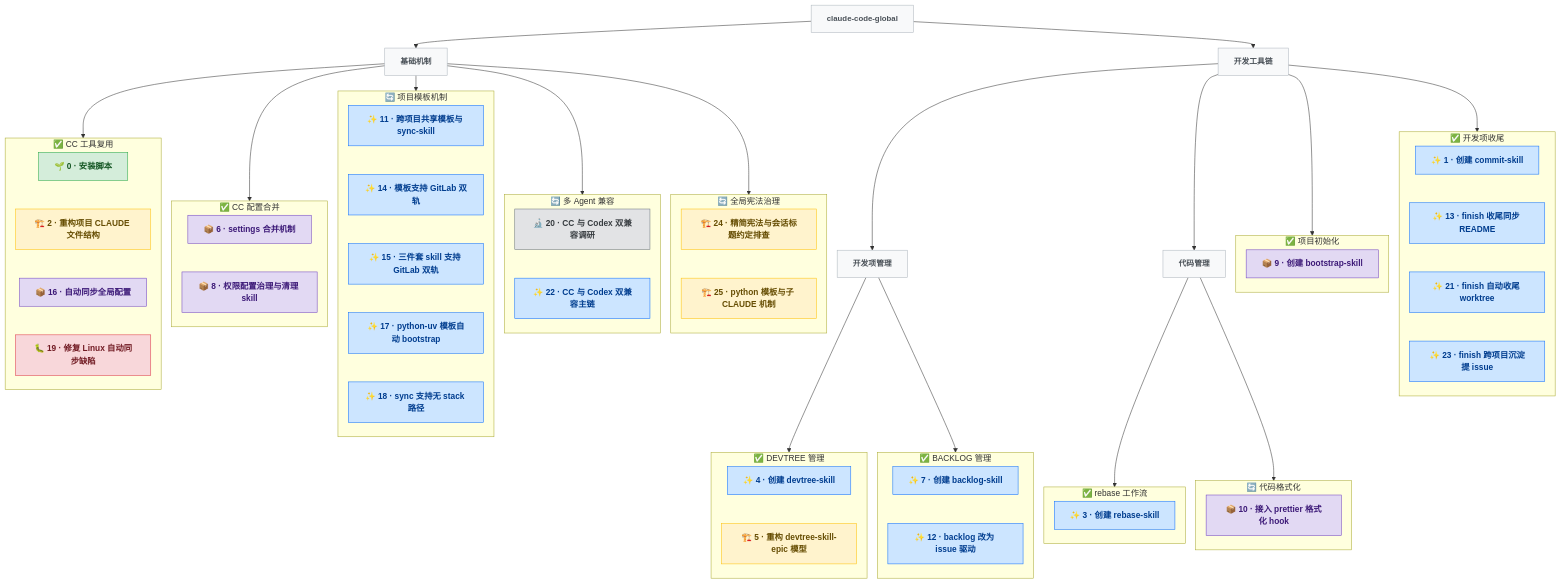
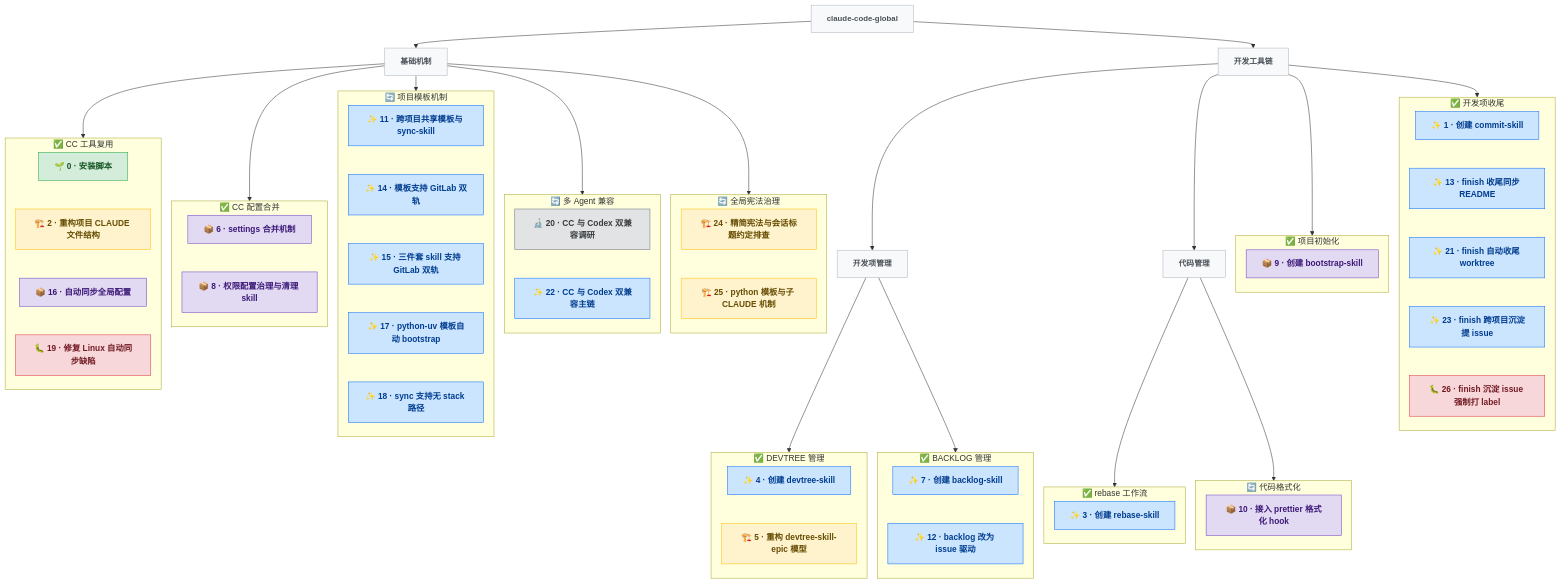
The diagram in docs/DEVTREE.md (pkulijing/claude-code-global), drawn with Mermaid before and after one commit. The commit also changed other lines of this file and 7 other files, not shown here.

First line of the commit message:
[round 26] fix(finish): 跨仓库沉淀 issue 强制带三轴 label

```diff
--- a/docs/DEVTREE.md
+++ b/docs/DEVTREE.md
@@ -99,9 +99,11 @@
     N13["✨ 13 · finish 收尾同步 README"]:::feature
     N21["✨ 21 · finish 自动收尾 worktree"]:::feature
     N23["✨ 23 · finish 跨项目沉淀提 issue"]:::feature
+    N26["🐛 26 · finish 沉淀 issue 强制打 label"]:::bugfix
     N1 ~~~ N13
     N13 ~~~ N21
     N21 ~~~ N23
+    N23 ~~~ N26
   end
 
   subgraph e_devtree["✅ DEVTREE 管理"]
```
